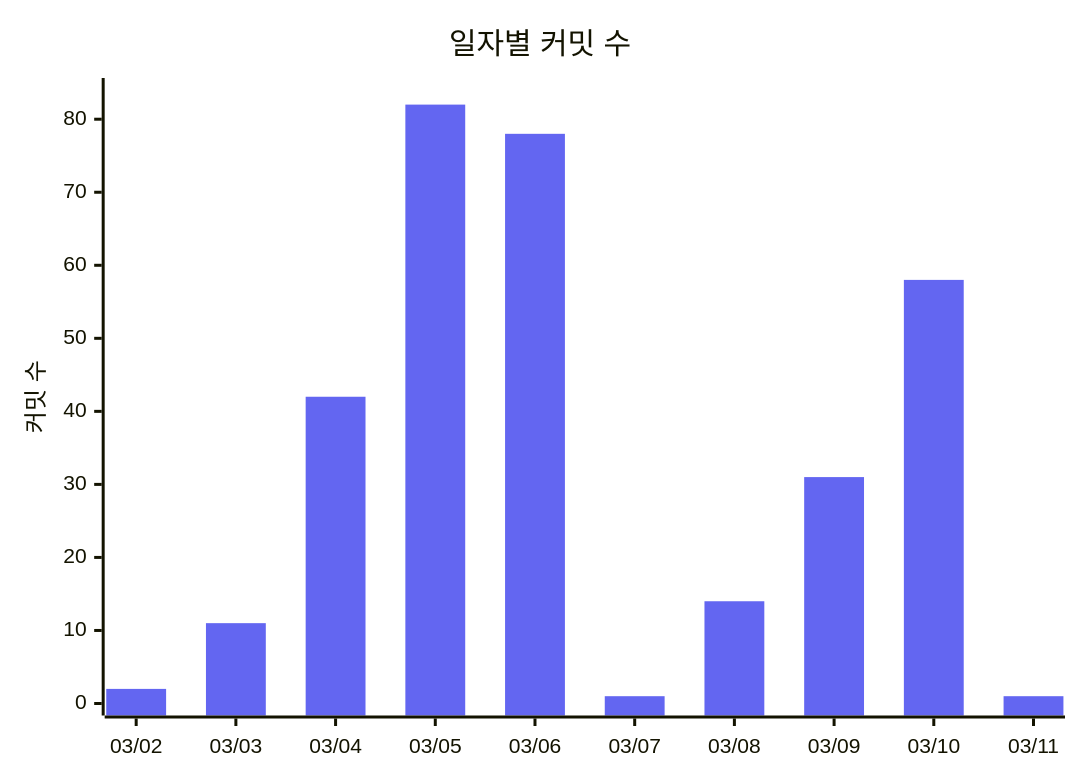
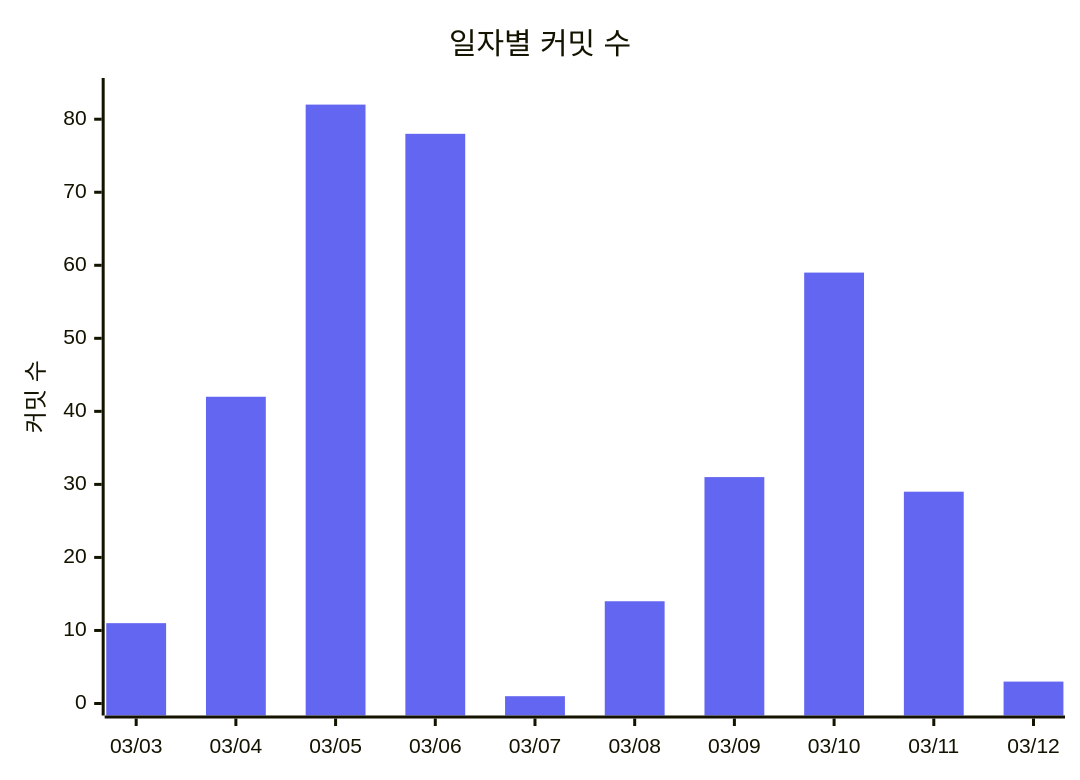
Before and after one commit to 3rd-project-team-1/ALYAC-market-team1: the fourth of 4 diagrams in README.md, drawn with Mermaid. The commit also changed other lines of this file, not shown here.

````diff
--- a/README.md
+++ b/README.md
@@ -452,12 +452,12 @@
 ```mermaid
 %%{init: { 'theme': 'base', 'themeVariables': {
   'xyChart': {
     'plotColorPalette': '#6366f1'
   }
 } } }%%
 xychart-beta
   title "일자별 커밋 수"
-  x-axis ["03/02", "03/03", "03/04", "03/05", "03/06", "03/07", "03/08", "03/09", "03/10", "03/11"]
+  x-axis ["03/03", "03/04", "03/05", "03/06", "03/07", "03/08", "03/09", "03/10", "03/11", "03/12"]
   y-axis "커밋 수" 0 --> 84
-  bar [2, 11, 42, 82, 78, 1, 14, 31, 58, 1]
+  bar [11, 42, 82, 78, 1, 14, 31, 59, 29, 3]
 ```
````
